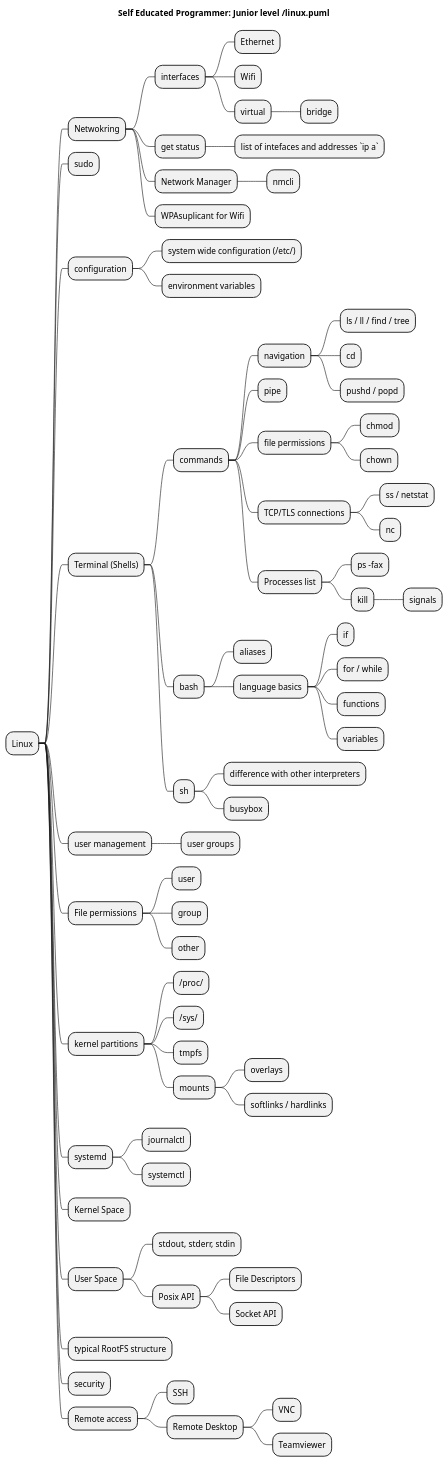
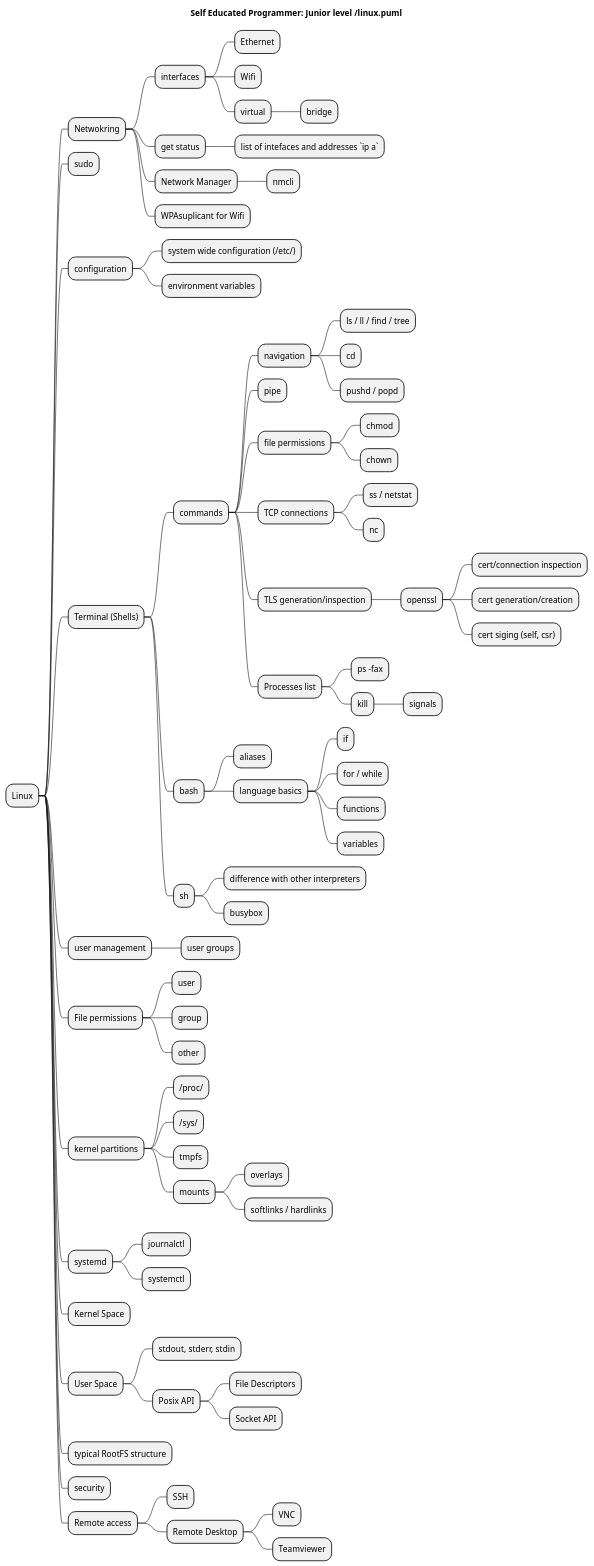
Before and after one commit to SmartSoftDev/self_educated_software_programmer_path: the diagram in src/linux.puml, drawn with PlantUML. The commit also changed 5 other files, not shown here.

```diff
--- a/src/linux.puml
+++ b/src/linux.puml
@@ -1,79 +1,84 @@
 @startmindmap
 title Self Educated Programmer: Junior level /linux.puml
 
 
 * Linux
 ** Netwokring
 *** interfaces
 **** Ethernet
 **** Wifi
 **** virtual
 ***** bridge
 *** get status
 **** list of intefaces and addresses `ip a`
 *** Network Manager
 **** nmcli
 *** WPAsuplicant for Wifi
 ** sudo
 ** configuration
 *** system wide configuration (/etc/)
 *** environment variables
 ** Terminal (Shells)
 *** commands
 **** navigation
 ***** ls / ll / find / tree
 ***** cd
 ***** pushd / popd
 **** pipe
 **** file permissions
 ***** chmod
 ***** chown
-**** TCP/TLS connections
+**** TCP connections
 ***** ss / netstat
 ***** nc
+**** TLS generation/inspection
+***** openssl
+****** cert/connection inspection
+****** cert generation/creation
+****** cert siging (self, csr)
 **** Processes list
 ***** ps -fax
 ***** kill
 ****** signals
 *** bash
 **** aliases
 **** language basics
 ***** if
 ***** for / while
 ***** functions
 ***** variables
 *** sh
 **** difference with other interpreters
 **** busybox
 ** user management
 *** user groups
 ** File permissions
 *** user
 *** group
 *** other
 ** kernel partitions
 *** /proc/
 *** /sys/
 *** tmpfs
 *** mounts
 **** overlays
 **** softlinks / hardlinks
 ** systemd
 *** journalctl
 *** systemctl
 ** Kernel Space
 ** User Space
 *** stdout, stderr, stdin
 *** Posix API
 **** File Descriptors
 **** Socket API
 ** typical RootFS structure
 ** security
 ** Remote access
 *** SSH
 *** Remote Desktop
 **** VNC
 **** Teamviewer
 
 
 @endmindmap
```
